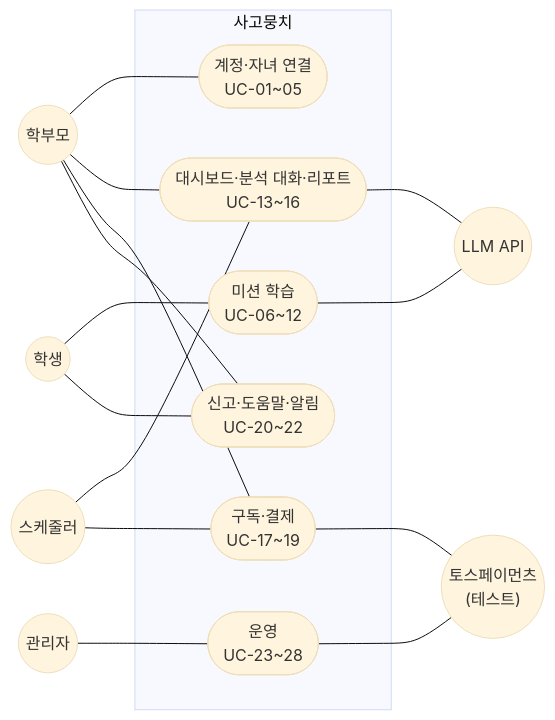
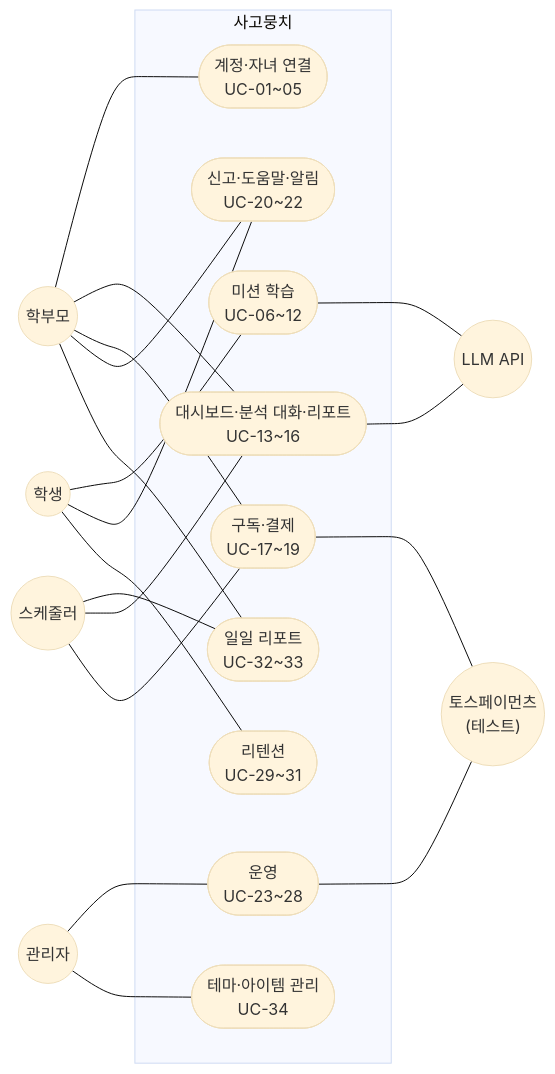
The first of 5 diagrams in docs/design/usecase.md (SKNETWORKS-FAMILY-AICAMP/SKN34-FINAL-3TEAM), drawn with Mermaid (base theme) before and after one commit. The commit also changed other lines of this file and 20 other files, not shown here.

````diff
--- a/docs/design/usecase.md
+++ b/docs/design/usecase.md
@@ -28,32 +28,39 @@
 ```mermaid
 flowchart LR
   STU(("학생"))
   PAR(("학부모"))
   ADM(("관리자"))
   SCH(("스케줄러"))
   LLM(("LLM API"))
   PG(("토스페이먼츠<br/>(테스트)"))
 
   subgraph SYS["사고뭉치"]
     A1(["계정·자녀 연결<br/>UC-01~05"])
     A2(["미션 학습<br/>UC-06~12"])
     A3(["대시보드·분석 대화·리포트<br/>UC-13~16"])
     A4(["구독·결제<br/>UC-17~19"])
     A5(["신고·도움말·알림<br/>UC-20~22"])
     A6(["운영<br/>UC-23~28"])
+    A7(["리텐션<br/>UC-29~31"])
+    A8(["일일 리포트<br/>UC-32~33"])
+    A9(["테마·아이템 관리<br/>UC-34"])
   end
 
   STU --- A2
   STU --- A5
   PAR --- A1
   PAR --- A3
   PAR --- A4
   PAR --- A5
   ADM --- A6
+  STU --- A7
+  PAR --- A8
+  SCH --- A8
+  ADM --- A9
   SCH --- A3
   SCH --- A4
   A2 --- LLM
   A3 --- LLM
   A4 --- PG
   A6 --- PG
 ```
````
